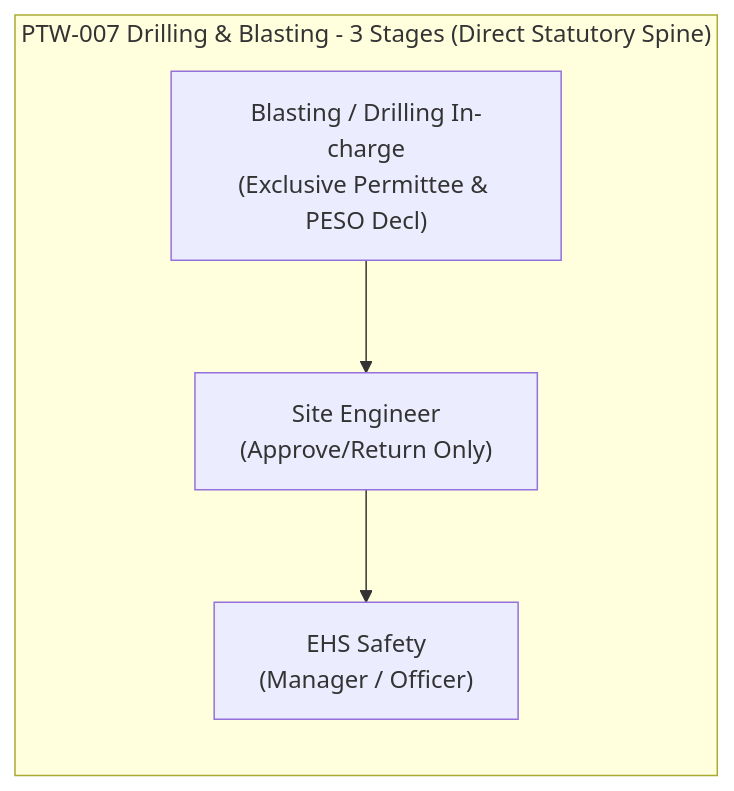
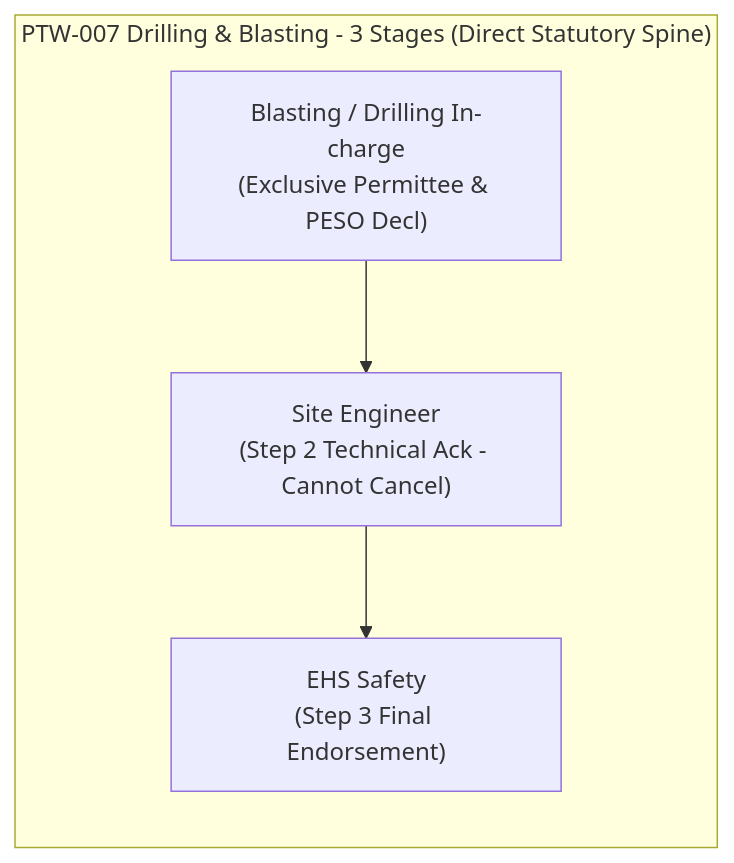
One commit to AuroGroupAutomationBot/ARPL-EHS-Demo changed diagram 11 of 34 in README.md. Above: the diagram before and after it, drawn with Mermaid. The commit also changed other lines of this file and 2 other files, not shown here.

````diff
--- a/README.md
+++ b/README.md
@@ -479,7 +502,7 @@
 ```mermaid
 graph LR
     subgraph "PTW-007 Drilling & Blasting - 3 Stages (Direct Statutory Spine)"
-        BIA1["Blasting / Drilling In-charge<br/>(Exclusive Permittee & PESO Decl)"] --> BIA2["Site Engineer<br/>(Approve/Return Only)"]
-        BIA2 --> BIA3["EHS Safety<br/>(Manager / Officer)"]
+        BIA1["Blasting / Drilling In-charge<br/>(Exclusive Permittee & PESO Decl)"] --> BIA2["Site Engineer<br/>(Step 2 Technical Ack - Cannot Cancel)"]
+        BIA2 --> BIA3["EHS Safety<br/>(Step 3 Final Endorsement)"]
     end
 ```
````
